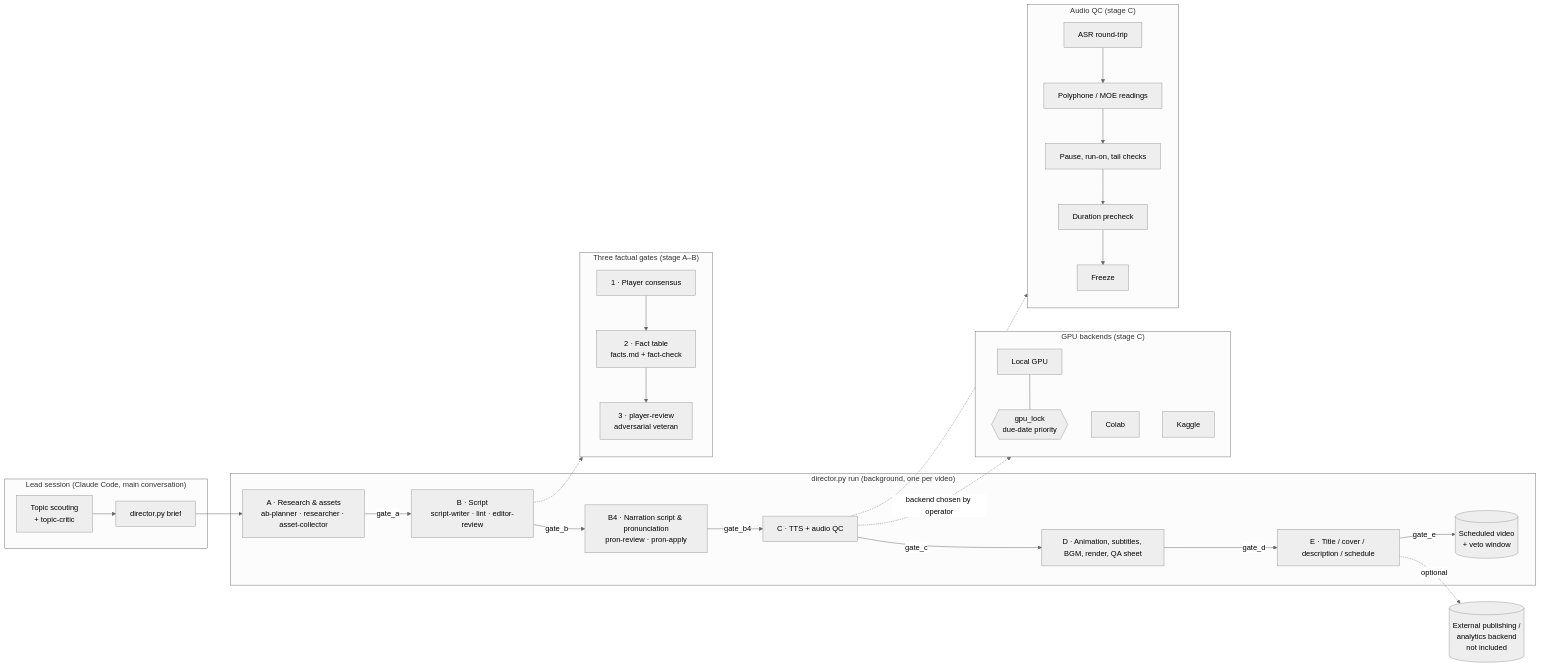
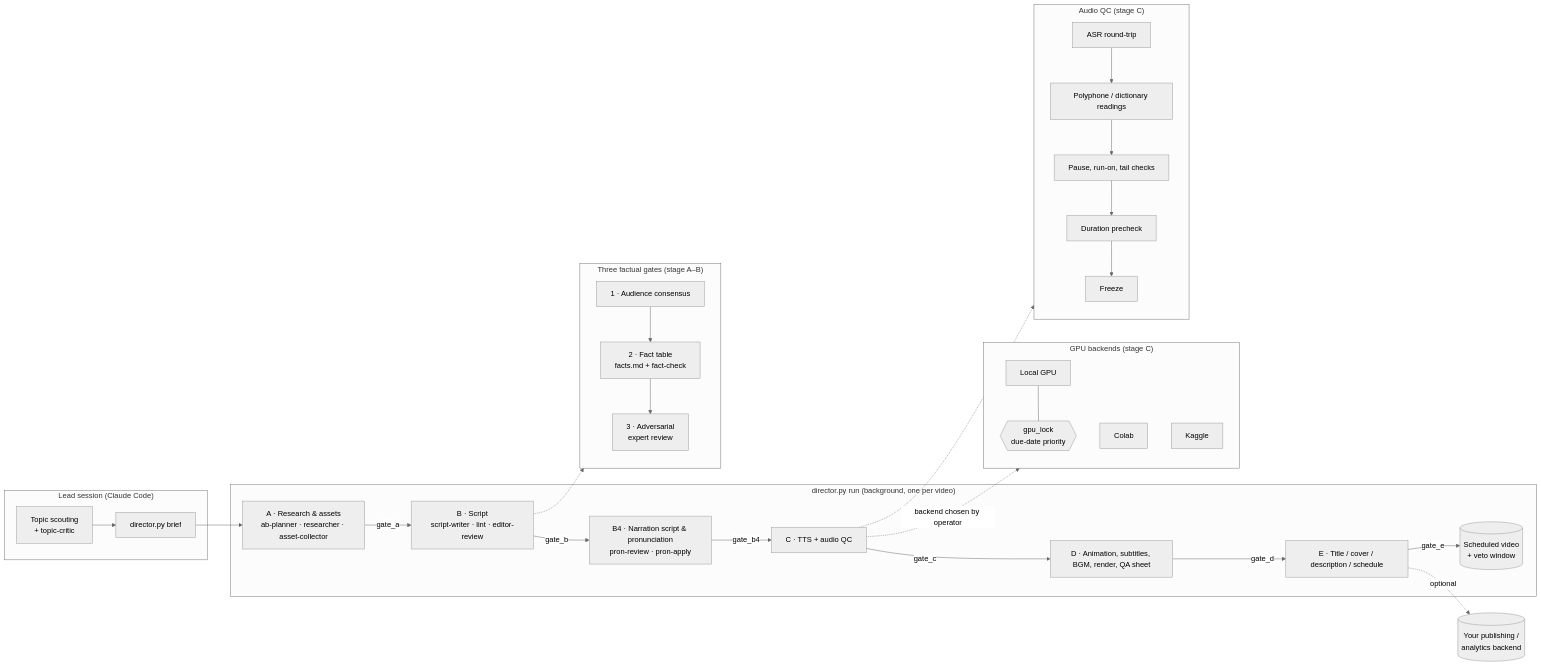
One commit to johnnygodsa/agentic-video-studio changed the diagram in README.md. Above: the diagram before and after it, drawn with Mermaid (neutral theme). The commit also changed other lines of this file and 46 other files, not shown here.

````diff
--- a/README.md
+++ b/README.md
@@ -45,36 +60,36 @@
 ```mermaid
 flowchart LR
-    subgraph Lead["Lead session (Claude Code, main conversation)"]
+    subgraph Lead["Lead session (Claude Code)"]
         T[Topic scouting<br/>+ topic-critic] --> BR[director.py brief]
     end
 
     BR --> A
 
     subgraph Director["director.py run (background, one per video)"]
         A["A · Research & assets<br/>ab-planner · researcher · asset-collector"] -->|gate_a| B
         B["B · Script<br/>script-writer · lint · editor-review"] -->|gate_b| B4
         B4["B4 · Narration script & pronunciation<br/>pron-review · pron-apply"] -->|gate_b4| C
         C["C · TTS + audio QC"] -->|gate_c| D
         D["D · Animation, subtitles, BGM, render, QA sheet"] -->|gate_d| E
         E["E · Title / cover / description / schedule"] -->|gate_e| OUT[(Scheduled video<br/>+ veto window)]
     end
 
     subgraph Facts["Three factual gates (stage A–B)"]
-        F1[1 · Player consensus] --> F2[2 · Fact table<br/>facts.md + fact-check] --> F3[3 · player-review<br/>adversarial veteran]
+        F1[1 · Audience consensus] --> F2[2 · Fact table<br/>facts.md + fact-check] --> F3[3 · Adversarial<br/>expert review]
     end
     B -.-> Facts
 
     subgraph GPU["GPU backends (stage C)"]
         L[Local GPU] --- LOCK{{gpu_lock<br/>due-date priority}}
-        CO[Colab] 
+        CO[Colab]
         KA[Kaggle]
     end
     C -.->|backend chosen by operator| GPU
 
     subgraph QC["Audio QC (stage C)"]
-        Q1[ASR round-trip] --> Q2[Polyphone / MOE readings] --> Q3[Pause, run-on, tail checks] --> Q4[Duration precheck] --> FR[Freeze]
+        Q1[ASR round-trip] --> Q2[Polyphone / dictionary readings] --> Q3[Pause, run-on, tail checks] --> Q4[Duration precheck] --> FR[Freeze]
     end
     C -.-> QC
 
-    E -.->|optional| EXT[(External publishing /<br/>analytics backend<br/>not included)]
+    E -.->|optional| EXT[(Your publishing /<br/>analytics backend)]
 ```
````
